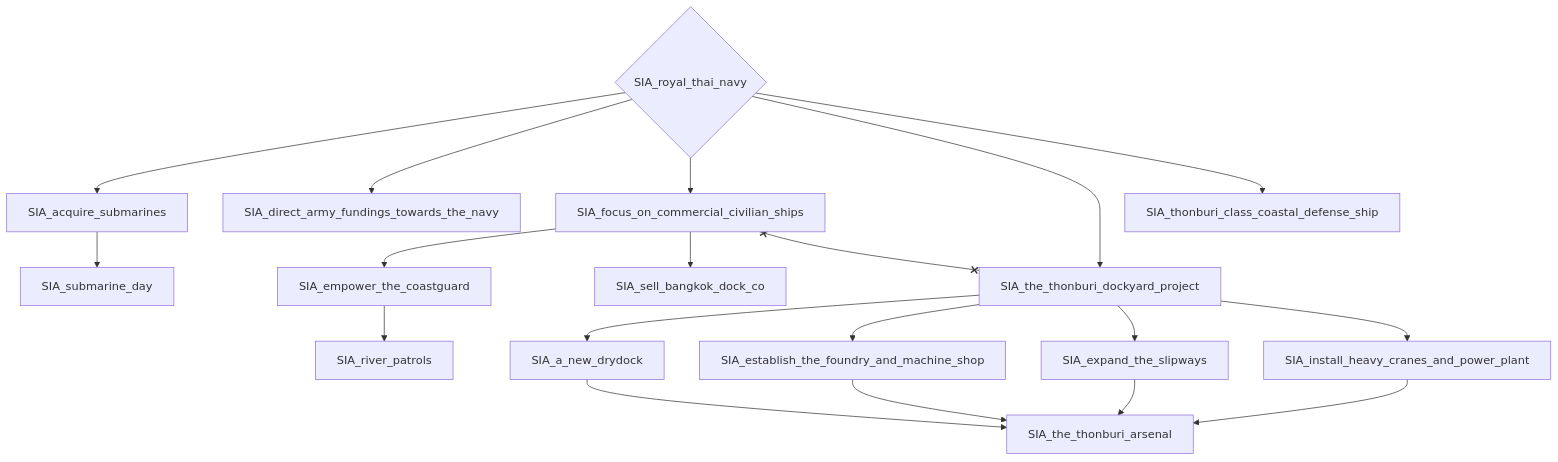
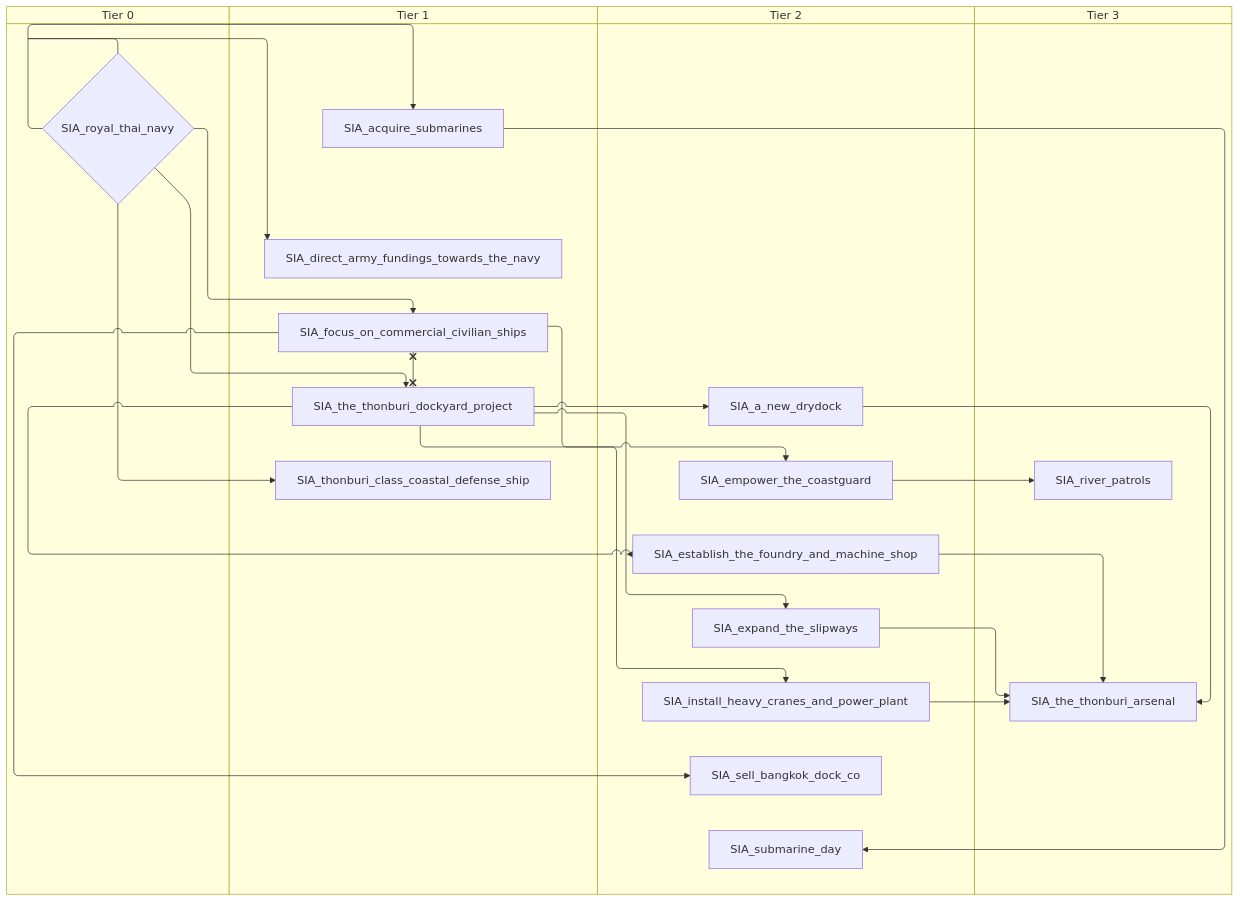
The third of 6 diagrams in docs/gdd/National Focuses/siam.md (evgeny-sobol/hoi4-sandbox-mode), drawn with Mermaid before and after one commit. The commit also changed other lines of this file and 80 other files, not shown here.

First line of the commit message:
Add swimlane mode to focus graph exporter

````diff
--- a/docs/gdd/National Focuses/siam.md
+++ b/docs/gdd/National Focuses/siam.md
@@ -154,36 +188,44 @@
 ```mermaid
-flowchart TD
-    n61["SIA_a_new_drydock"]
-    n62["SIA_acquire_submarines"]
-    n63["SIA_direct_army_fundings_towards_the_navy"]
-    n64["SIA_empower_the_coastguard"]
-    n65["SIA_establish_the_foundry_and_machine_shop"]
-    n66["SIA_expand_the_slipways"]
-    n67["SIA_focus_on_commercial_civilian_ships"]
-    n68["SIA_install_heavy_cranes_and_power_plant"]
-    n69["SIA_river_patrols"]
-    n70{"SIA_royal_thai_navy"}
-    n71["SIA_sell_bangkok_dock_co"]
-    n72["SIA_submarine_day"]
-    n73["SIA_the_thonburi_arsenal"]
-    n74["SIA_the_thonburi_dockyard_project"]
-    n75["SIA_thonburi_class_coastal_defense_ship"]
-    n74 --> n61
-    n70 --> n62
-    n70 --> n63
-    n67 --> n64
-    n74 --> n65
-    n74 --> n66
-    n70 --> n67
-    n74 --> n68
-    n64 --> n69
-    n67 --> n71
-    n62 --> n72
-    n68 --> n73
-    n66 --> n73
-    n61 --> n73
-    n65 --> n73
-    n70 --> n74
+swimlane-beta TD
+    subgraph tier_0["Tier 0"]
+        n61{"SIA_royal_thai_navy"}
+    end
+    subgraph tier_1["Tier 1"]
+        n62["SIA_acquire_submarines"]
+        n63["SIA_direct_army_fundings_towards_the_navy"]
+        n64["SIA_focus_on_commercial_civilian_ships"]
+        n65["SIA_the_thonburi_dockyard_project"]
+        n66["SIA_thonburi_class_coastal_defense_ship"]
+    end
+    subgraph tier_2["Tier 2"]
+        n67["SIA_a_new_drydock"]
+        n68["SIA_empower_the_coastguard"]
+        n69["SIA_establish_the_foundry_and_machine_shop"]
+        n70["SIA_expand_the_slipways"]
+        n71["SIA_install_heavy_cranes_and_power_plant"]
+        n72["SIA_sell_bangkok_dock_co"]
+        n73["SIA_submarine_day"]
+    end
+    subgraph tier_3["Tier 3"]
+        n74["SIA_river_patrols"]
+        n75["SIA_the_thonburi_arsenal"]
+    end
+    n65 --> n67
+    n61 --> n62
+    n61 --> n63
+    n64 --> n68
+    n65 --> n69
+    n65 --> n70
+    n61 --> n64
+    n65 --> n71
+    n68 --> n74
+    n64 --> n72
+    n62 --> n73
+    n71 --> n75
     n70 --> n75
-    n67 x--x n74
+    n67 --> n75
+    n69 --> n75
+    n61 --> n65
+    n61 --> n66
+    n64 x--x n65
 ```
````
